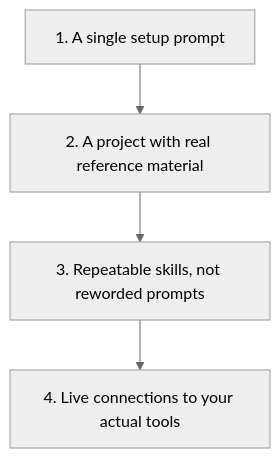
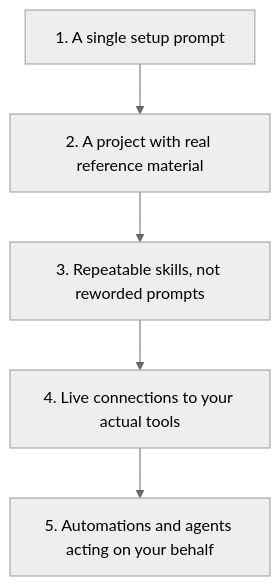
The diagram in guides/get-more-from-your-ai.md (shaunmarsden/practical-ai-sales-workflows), drawn with Mermaid (neutral theme) before and after one commit. The commit also changed other lines of this file and 1 other file, not shown here.

Commit message:
Add automations/agents as layer 5; explain what a rubric is

````diff
--- a/guides/get-more-from-your-ai.md
+++ b/guides/get-more-from-your-ai.md
@@ -5,8 +5,9 @@
 ```mermaid
 flowchart TB
     A["1. A single setup prompt"]
     B["2. A project with real reference material"]
     C["3. Repeatable skills, not reworded prompts"]
     D["4. Live connections to your actual tools"]
-    A --> B --> C --> D
+    E["5. Automations and agents acting on your behalf"]
+    A --> B --> C --> D --> E
 ```
````
